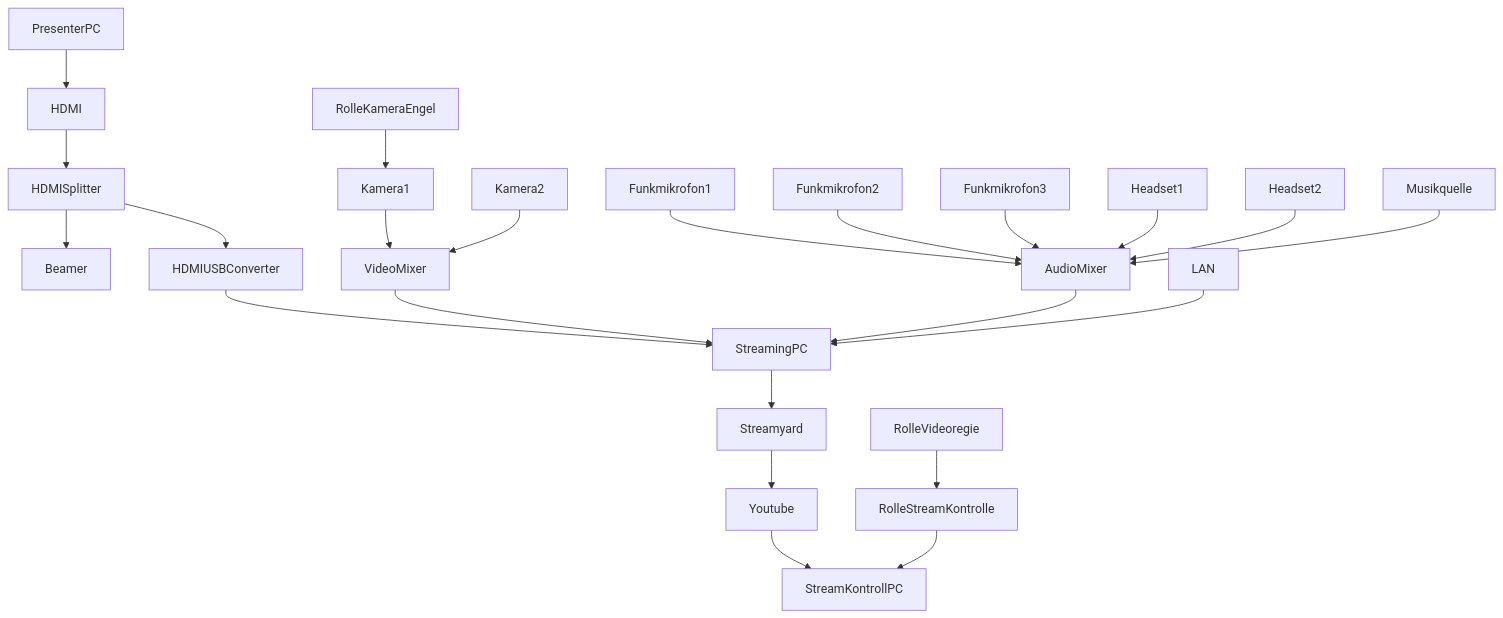
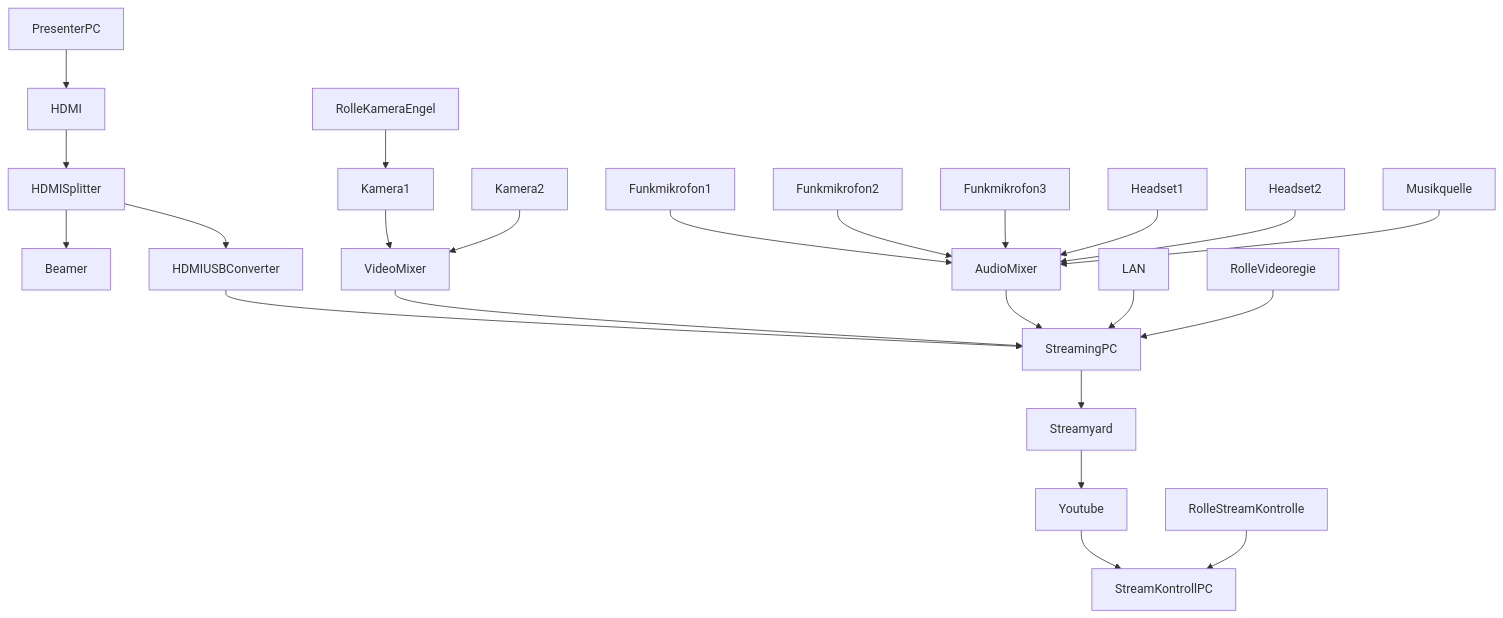
Before and after one commit to cogneon/digital-asset-pool: the first of 2 diagrams in loscon22/Readme.md, drawn with Mermaid.

````diff
--- a/loscon22/Readme.md
+++ b/loscon22/Readme.md
@@ -18,25 +18,25 @@
 ```mermaid
   graph TD;
       PresenterPC-->HDMI;
       HDMI-->HDMISplitter;
       HDMISplitter-->Beamer;
       HDMISplitter-->HDMIUSBConverter;
       HDMIUSBConverter-->StreamingPC;
       Funkmikrofon1-->AudioMixer;
       Funkmikrofon2-->AudioMixer;
       Funkmikrofon3-->AudioMixer;
       Headset1-->AudioMixer;
       Headset2-->AudioMixer;
       Musikquelle-->AudioMixer;
       Kamera1-->VideoMixer;
       RolleKameraEngel-->Kamera1;
       Kamera2-->VideoMixer;
       VideoMixer-->StreamingPC;
       AudioMixer-->StreamingPC;
       LAN-->StreamingPC;
       StreamingPC-->Streamyard;
       Streamyard-->Youtube;
       Youtube-->StreamKontrollPC;
-      RolleVideoregie-->RolleStreamKontrolle;
+      RolleVideoregie-->StreamingPC;
       RolleStreamKontrolle-->StreamKontrollPC;
 ```
````
